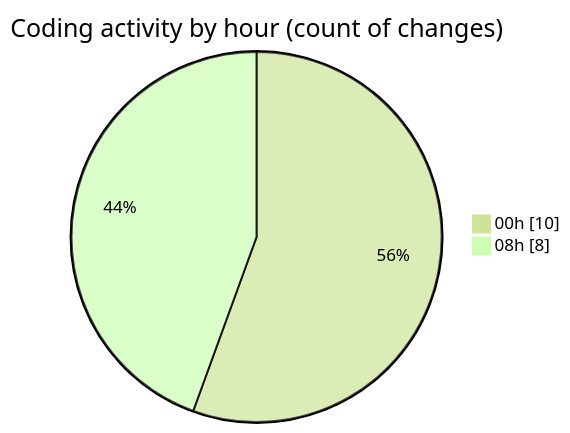
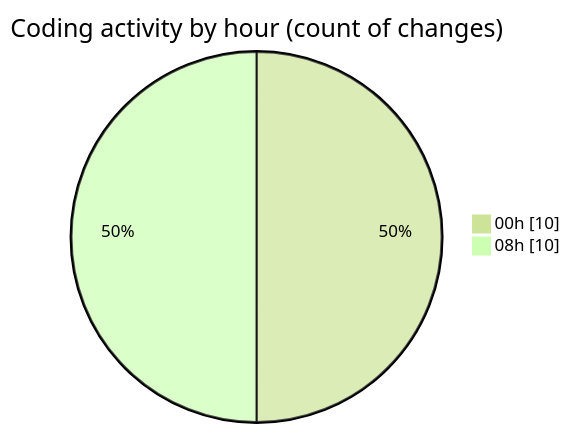
One commit to nxtqubesakshisongat/code-tracking changed the second of 2 diagrams in 2026-01-20/nxtqube_webapp/README.md. Above: the diagram before and after it, drawn with Mermaid (forest theme). The commit also changed other lines of this file and 1 other file, not shown here.

````diff
--- a/2026-01-20/nxtqube_webapp/README.md
+++ b/2026-01-20/nxtqube_webapp/README.md
@@ -33,6 +33,6 @@
 ```mermaid
 pie showData
 title Coding activity by hour (count of changes)
 "00h" : 10
-"08h" : 8
+"08h" : 10
 ```
````
